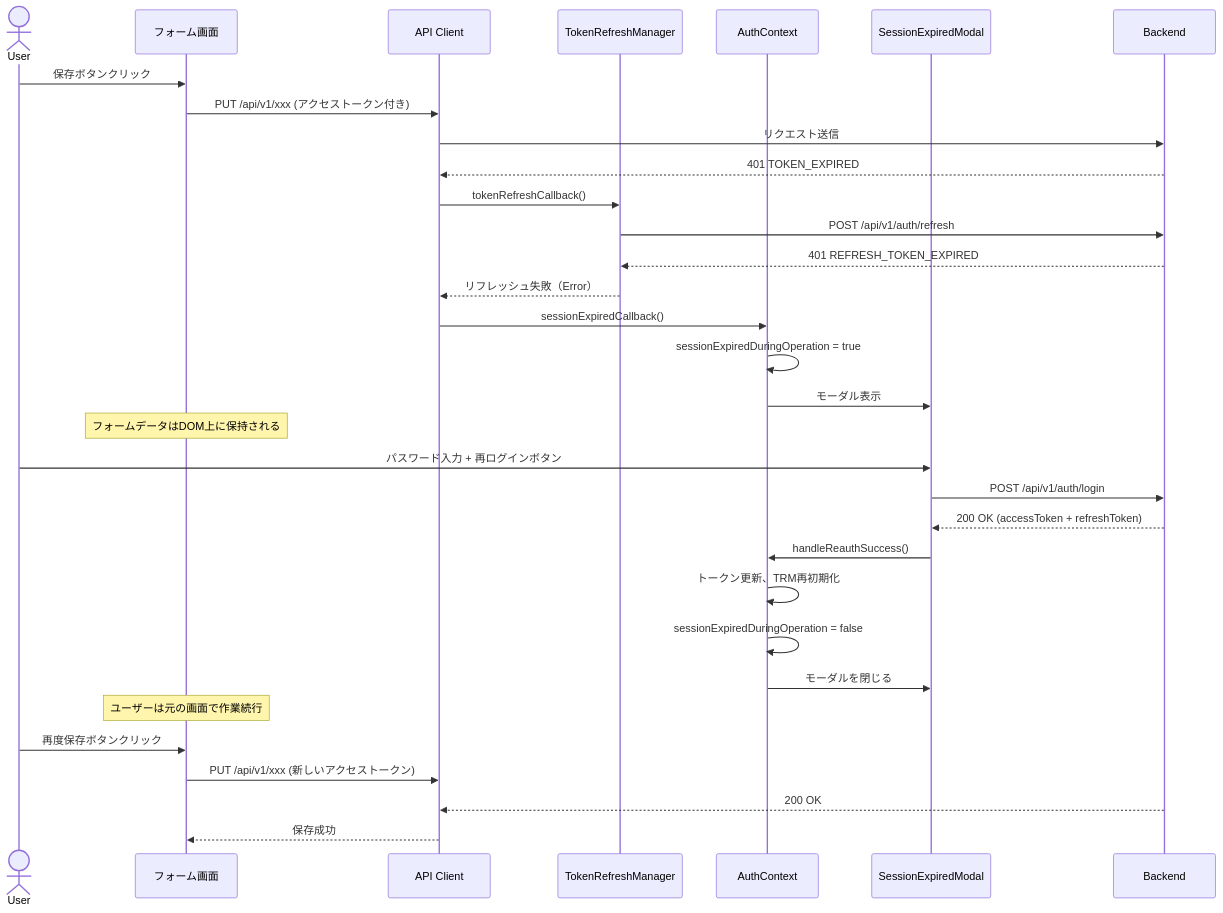
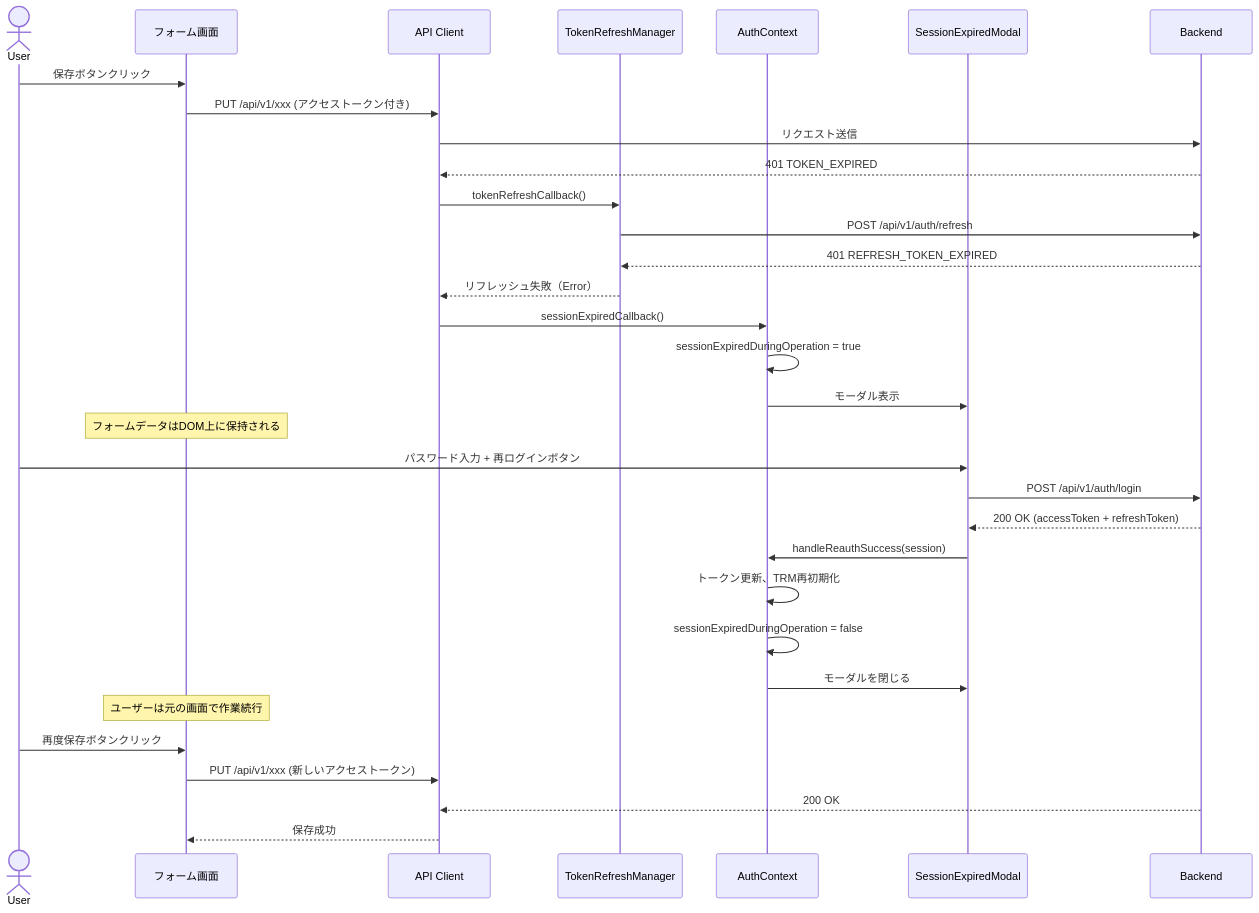
The tenth of 16 diagrams in .kiro/specs/user-authentication/design.md (inakanou/ArchiTrack), drawn with Mermaid before and after one commit. The commit also changed other lines of this file and 23 other files, not shown here.

````diff
--- a/.kiro/specs/user-authentication/design.md
+++ b/.kiro/specs/user-authentication/design.md
@@ -4766,42 +4767,42 @@
 ```mermaid
 sequenceDiagram
     actor User
     participant Form as フォーム画面
     participant API as API Client
     participant TRM as TokenRefreshManager
     participant Auth as AuthContext
     participant Modal as SessionExpiredModal
     participant BE as Backend
 
     User->>Form: 保存ボタンクリック
     Form->>API: PUT /api/v1/xxx (アクセストークン付き)
     API->>BE: リクエスト送信
     BE-->>API: 401 TOKEN_EXPIRED
 
     API->>TRM: tokenRefreshCallback()
     TRM->>BE: POST /api/v1/auth/refresh
     BE-->>TRM: 401 REFRESH_TOKEN_EXPIRED
 
     TRM-->>API: リフレッシュ失敗（Error）
     API->>Auth: sessionExpiredCallback()
     Auth->>Auth: sessionExpiredDuringOperation = true
 
     Auth->>Modal: モーダル表示
 
     Note over Form: フォームデータはDOM上に保持される
 
     User->>Modal: パスワード入力 + 再ログインボタン
     Modal->>BE: POST /api/v1/auth/login
     BE-->>Modal: 200 OK (accessToken + refreshToken)
 
-    Modal->>Auth: handleReauthSuccess()
+    Modal->>Auth: handleReauthSuccess(session)
     Auth->>Auth: トークン更新、TRM再初期化
     Auth->>Auth: sessionExpiredDuringOperation = false
     Auth->>Modal: モーダルを閉じる
 
     Note over Form: ユーザーは元の画面で作業続行
     User->>Form: 再度保存ボタンクリック
     Form->>API: PUT /api/v1/xxx (新しいアクセストークン)
     BE-->>API: 200 OK
     API-->>Form: 保存成功
 ```
````
